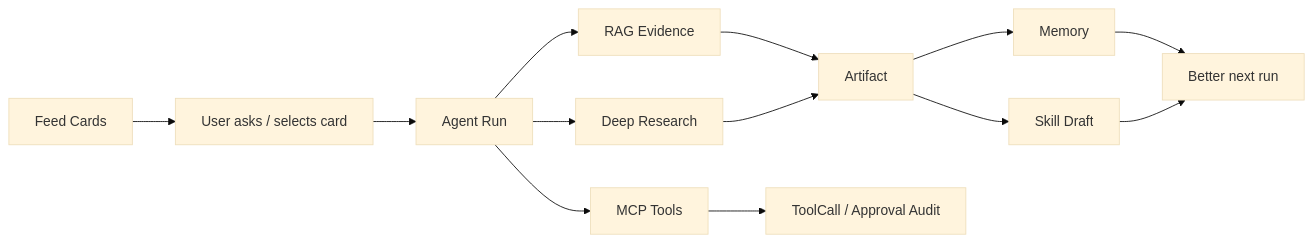
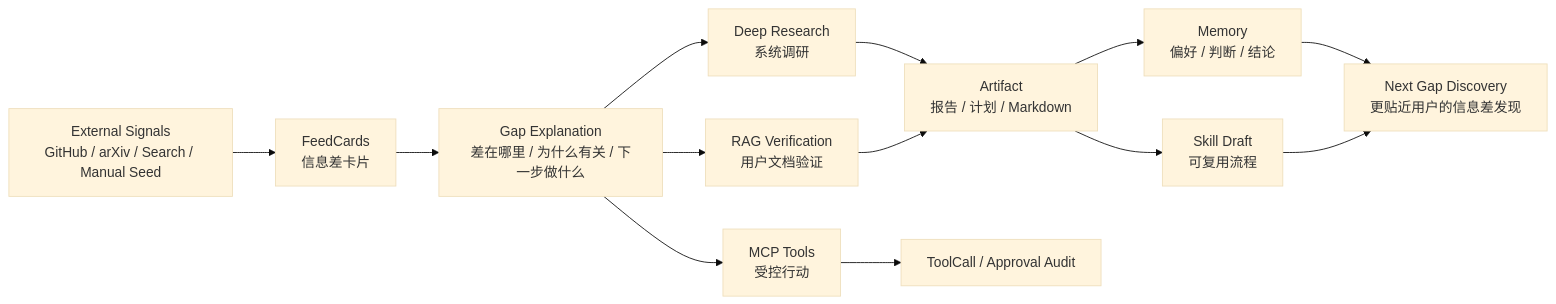
One commit to Ordish-cell/InsightGap-Agent changed the second of 2 diagrams in README.md. Above: the diagram before and after it, drawn with Mermaid (base theme). The commit also changed other lines of this file, not shown here.

````diff
--- a/README.md
+++ b/README.md
@@ -292,15 +347,15 @@
 ```mermaid
 flowchart LR
-    FEED["Feed Cards"] --> ASK["User asks / selects card"]
-    ASK --> RUN["Agent Run"]
-    RUN --> RAG["RAG Evidence"]
-    RUN --> TOOL["MCP Tools"]
-    RUN --> RESEARCH["Deep Research"]
-    RAG --> ART["Artifact"]
-    RESEARCH --> ART
+    SRC["External Signals<br/>GitHub / arXiv / Search / Manual Seed"] --> FEED["FeedCards<br/>信息差卡片"]
+    FEED --> GAP["Gap Explanation<br/>差在哪里 / 为什么有关 / 下一步做什么"]
+    GAP --> RESEARCH["Deep Research<br/>系统调研"]
+    GAP --> RAG["RAG Verification<br/>用户文档验证"]
+    GAP --> TOOL["MCP Tools<br/>受控行动"]
+    RESEARCH --> ART["Artifact<br/>报告 / 计划 / Markdown"]
+    RAG --> ART
     TOOL --> AUDIT["ToolCall / Approval Audit"]
-    ART --> MEM["Memory"]
-    ART --> SKILL["Skill Draft"]
-    MEM --> NEXT["Better next run"]
+    ART --> MEM["Memory<br/>偏好 / 判断 / 结论"]
+    ART --> SKILL["Skill Draft<br/>可复用流程"]
+    MEM --> NEXT["Next Gap Discovery<br/>更贴近用户的信息差发现"]
     SKILL --> NEXT
 ```
````
